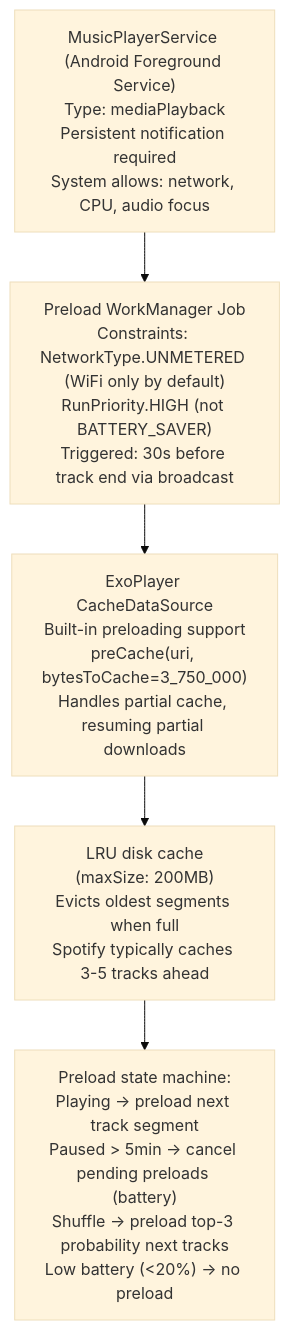
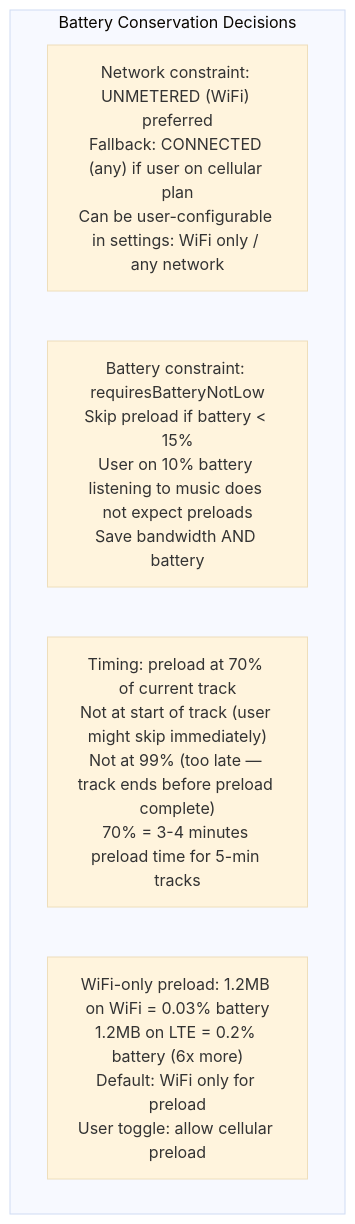
Before and after one commit to gauravprwl14/system-design-course: diagram 12 of 12 in docs-site/content/12-interview-prep/question-bank/mobile-architecture/mobile-app-architecture.md, drawn with Mermaid (base theme). The commit also changed other lines of this file and 194 other files, not shown here.

First line of the commit message:
feat(graph): rebuild linked_from arrays and regenerate KNOWLEDGE-GRAPH.md

````diff
--- a/docs-site/content/12-interview-prep/question-bank/mobile-architecture/mobile-app-architecture.md
+++ b/docs-site/content/12-interview-prep/question-bank/mobile-architecture/mobile-app-architecture.md
@@ -343,18 +411,12 @@
 ```mermaid
 graph TD
-  Service["MusicPlayerService (Android Foreground Service)\nType: mediaPlayback\nPersistent notification required\nSystem allows: network, CPU, audio focus"]
+  subgraph Battery["Battery Conservation Decisions"]
+    NetConstraint["Network constraint: UNMETERED (WiFi) preferred\nFallback: CONNECTED (any) if user on cellular plan\nCan be user-configurable in settings: WiFi only / any network"]
 
-  Preload_AND["Preload WorkManager Job\nConstraints: NetworkType.UNMETERED (WiFi only by default)\nRunPriority.HIGH (not BATTERY_SAVER)\nTriggered: 30s before track end via broadcast"]
+    BatteryConstraint["Battery constraint: requiresBatteryNotLow\nSkip preload if battery < 15%\nUser on 10% battery listening to music does not expect preloads\nSave bandwidth AND battery"]
 
-  ExoPlayer["ExoPlayer CacheDataSource\nBuilt-in preloading support\npreCache(uri, bytesToCache=3_750_000)\nHandles partial cache, resuming partial downloads"]
+    Timing["Timing: preload at 70% of current track\nNot at start of track (user might skip immediately)\nNot at 99% (too late — track ends before preload complete)\n70% = 3-4 minutes preload time for 5-min tracks"]
 
-  DiskCache["LRU disk cache\n(maxSize: 200MB)\nEvicts oldest segments when full\nSpotify typically caches 3-5 tracks ahead"]
-
-  Service --> Preload_AND
-  Preload_AND --> ExoPlayer
-  ExoPlayer --> DiskCache
-
-  StateCheck["Preload state machine:\nPlaying → preload next track segment\nPaused > 5min → cancel pending preloads (battery)\nShuffle → preload top-3 probability next tracks\nLow battery (<20%) → no preload"]
-
-  DiskCache --> StateCheck
+    WifiOnly["WiFi-only preload: 1.2MB on WiFi = 0.03% battery\n1.2MB on LTE = 0.2% battery (6x more)\nDefault: WiFi only for preload\nUser toggle: allow cellular preload"]
+  end
 ```
````
